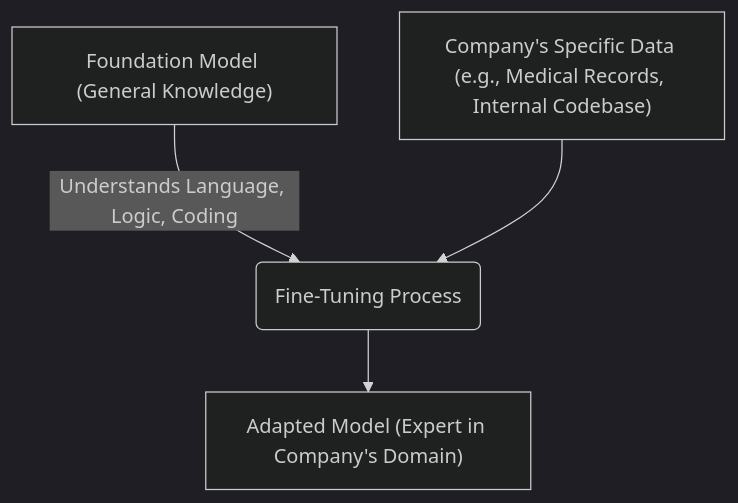
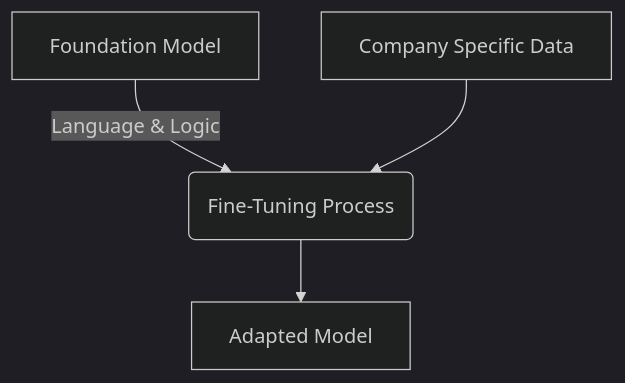
Before and after one commit to NamrataRev/AI_academy: the diagram in Week4/1.Foundation Models and Adaptation.md, drawn with Mermaid (dark theme). The commit also changed other lines of this file, not shown here.

Commit message:
feat: add course notes on foundation models and fine-tuning adaptation methods

````diff
--- a/Week4/1.Foundation Models and Adaptation.md
+++ b/Week4/1.Foundation Models and Adaptation.md
@@ -58,6 +58,6 @@
 ```mermaid
 flowchart TD
-    A["Foundation Model (General Knowledge)"] -->|"Understands Language, Logic, Coding"| B("Fine-Tuning Process")
-    C["Company's Specific Data (e.g., Medical Records, Internal Codebase)"] --> B
-    B --> D["Adapted Model (Expert in Company's Domain)"]
+    A[Foundation Model] -->|Language & Logic| B(Fine-Tuning Process)
+    C[Company Specific Data] --> B
+    B --> D[Adapted Model]
 ```
````
